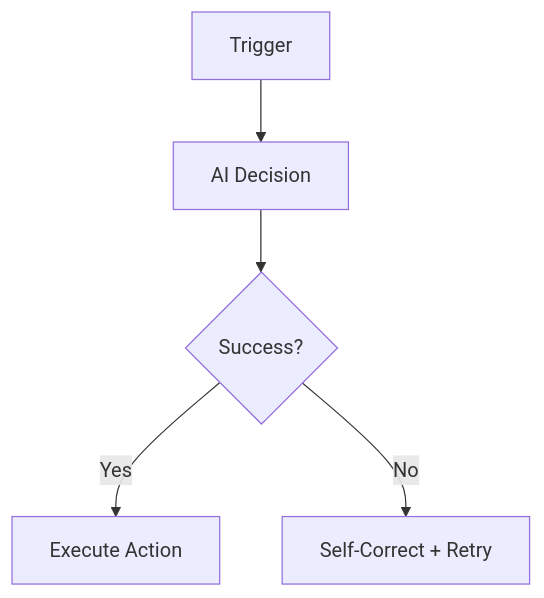
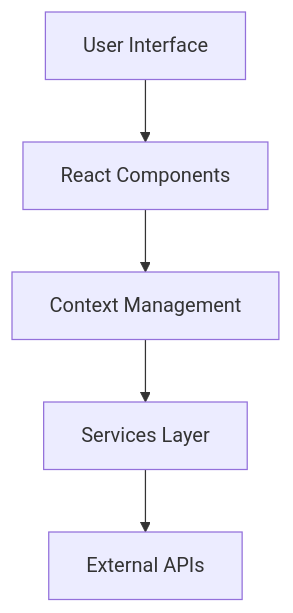
Before and after one commit to SatyamSingh8306/aethermind: the diagram in README.md, drawn with Mermaid. The commit also changed other lines of this file and 7 other files, not shown here.

````diff
--- a/README.md
+++ b/README.md
@@ -37,7 +37,7 @@
 ```mermaid
 graph TD
-  A[Trigger] --> B[AI Decision]
-  B --> C{Success?}
-  C -->|Yes| D[Execute Action]
-  C -->|No| E[Self-Correct + Retry]
+  A[User Interface] --> B[React Components]
+  B --> C[Context Management]
+  C --> D[Services Layer]
+  D --> E[External APIs]
 ```
````
